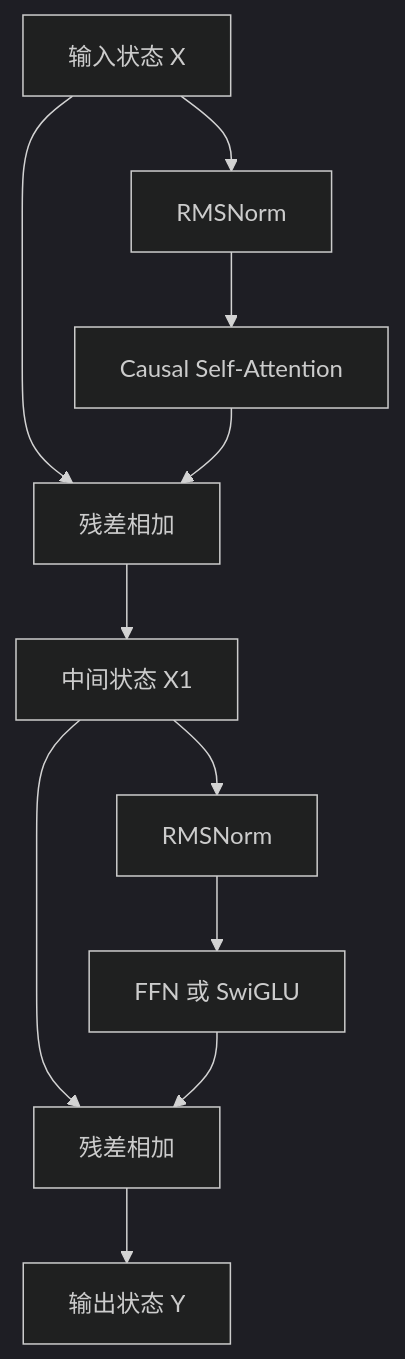
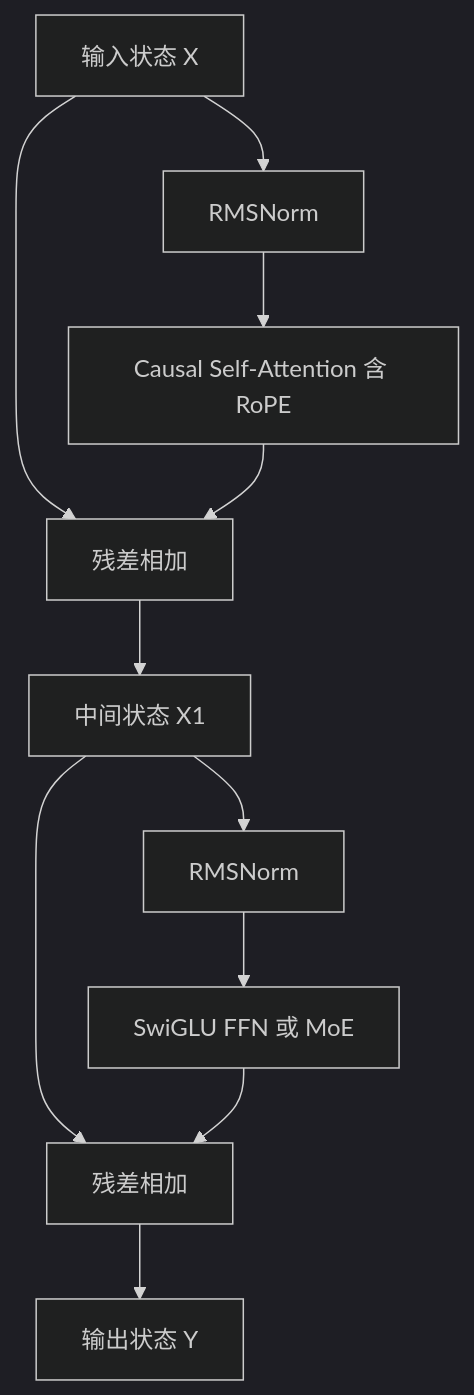
One commit to nowhere-man/agents-from-scratch changed the second of 2 diagrams in llm-basic-new/04-modern-llm-architecture.md. Above: the diagram before and after it, drawn with Mermaid (dark theme). The commit also changed other lines of this file and 16 other files, not shown here.

````diff
--- a/llm-basic-new/04-modern-llm-architecture.md
+++ b/llm-basic-new/04-modern-llm-architecture.md
@@ -60,13 +175,13 @@
 ```mermaid
 flowchart TB
     X[输入状态 X] --> N1[RMSNorm]
-    N1 --> A[Causal Self-Attention]
+    N1 --> A[Causal Self-Attention 含 RoPE]
     X --> ADD1[残差相加]
     A --> ADD1
     ADD1 --> X1[中间状态 X1]
     X1 --> N2[RMSNorm]
-    N2 --> F[FFN 或 SwiGLU]
+    N2 --> F[SwiGLU FFN 或 MoE]
     X1 --> ADD2[残差相加]
     F --> ADD2
     ADD2 --> Y[输出状态 Y]
 ```
````
